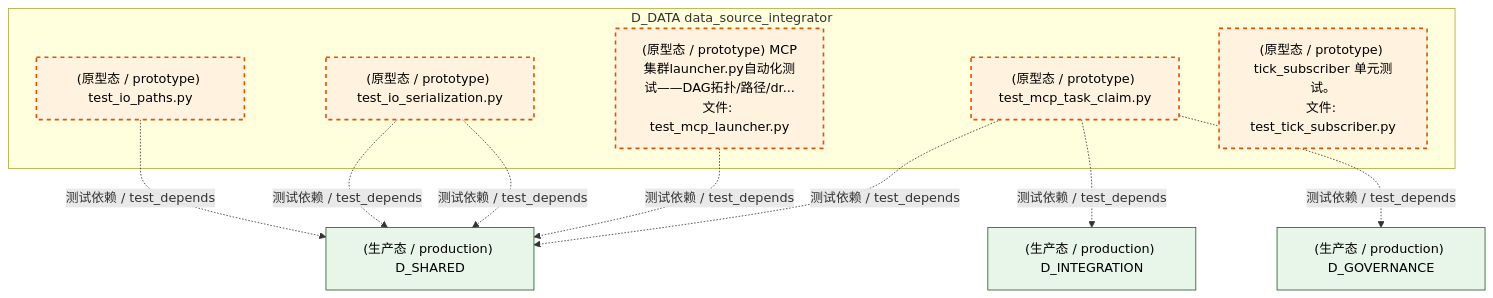
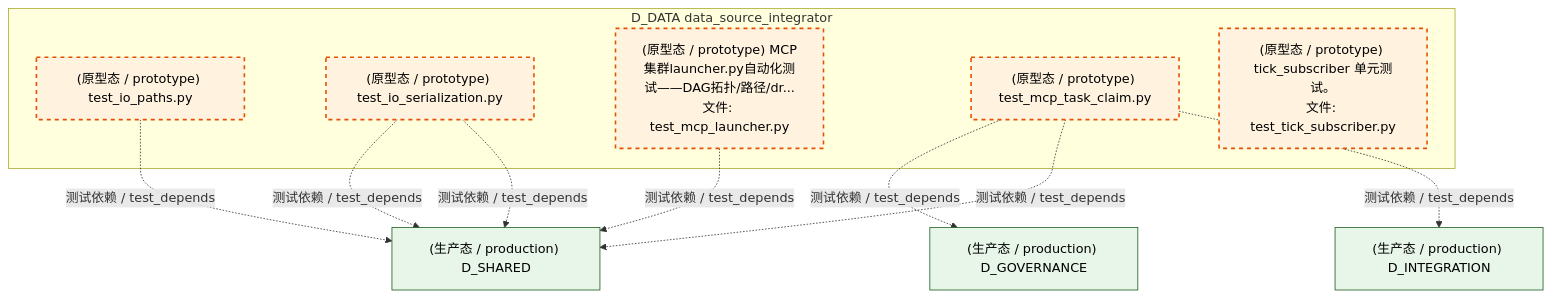
One commit to xuanFelixVan/ZephyrAlpha changed the third of 6 diagrams in docs/02_enterprise_architecture/02_domain_architecture_docs/61_d_data.md. Above: the diagram before and after it, drawn with Mermaid. The commit also changed other lines of this file and 126 other files, not shown here.

````diff
--- a/docs/02_enterprise_architecture/02_domain_architecture_docs/61_d_data.md
+++ b/docs/02_enterprise_architecture/02_domain_architecture_docs/61_d_data.md
@@ -313,26 +311,26 @@
 ```mermaid
 graph TD
     subgraph D_DATA["D_DATA data_source_integrator"]
         tests_io_test_io_paths_py["(原型态 / prototype) test_io_paths.py"]
         tests_io_test_io_serialization_py["(原型态 / prototype) test_io_serialization.py"]
         tests_io_test_mcp_launcher_py["(原型态 / prototype) MCP集群launcher.py自动化测试——DAG拓扑/路径/dr...<br/>文件: test_mcp_launcher.py"]
         tests_io_test_mcp_task_claim_py["(原型态 / prototype) test_mcp_task_claim.py"]
         tests_zephyr_data_test_tick_subscriber_py["(原型态 / prototype) tick_subscriber 单元测试。<br/>文件: test_tick_subscriber.py"]
     end
     D_SHARED["(生产态 / production) D_SHARED"]
     tests_io_test_io_serialization_py -.->|测试依赖 / test_depends| D_SHARED
     D_GOVERNANCE["(生产态 / production) D_GOVERNANCE"]
     tests_io_test_mcp_task_claim_py -.->|测试依赖 / test_depends| D_GOVERNANCE
     tests_io_test_io_serialization_py -.->|测试依赖 / test_depends| D_SHARED
+    tests_io_test_mcp_task_claim_py -.->|测试依赖 / test_depends| D_SHARED
+    tests_io_test_mcp_launcher_py -.->|测试依赖 / test_depends| D_SHARED
     D_INTEGRATION["(生产态 / production) D_INTEGRATION"]
     tests_io_test_mcp_task_claim_py -.->|测试依赖 / test_depends| D_INTEGRATION
-    tests_io_test_mcp_launcher_py -.->|测试依赖 / test_depends| D_SHARED
-    tests_io_test_mcp_task_claim_py -.->|测试依赖 / test_depends| D_SHARED
     tests_io_test_io_paths_py -.->|测试依赖 / test_depends| D_SHARED
     classDef production fill:#e1f5fe,stroke:#01579b,stroke-width:2px,color:#000
     classDef design fill:#fff3e0,stroke:#e65100,stroke-width:2px,color:#000,stroke-dasharray: 5 5
     classDef external_prod fill:#e8f5e9,stroke:#1b5e20,stroke-width:1px,color:#000
     classDef external_design fill:#fce4ec,stroke:#880e4f,stroke-width:1px,color:#000,stroke-dasharray: 5 5
     class tests_io_test_io_paths_py,tests_io_test_io_serialization_py,tests_io_test_mcp_launcher_py,tests_io_test_mcp_task_claim_py,tests_zephyr_data_test_tick_subscriber_py design
     class D_SHARED,D_GOVERNANCE,D_INTEGRATION external_prod
 ```
````
